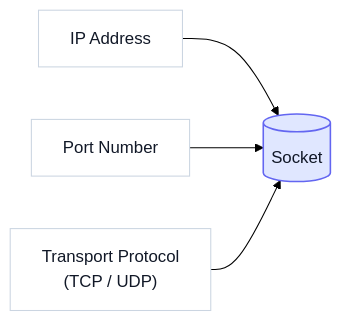
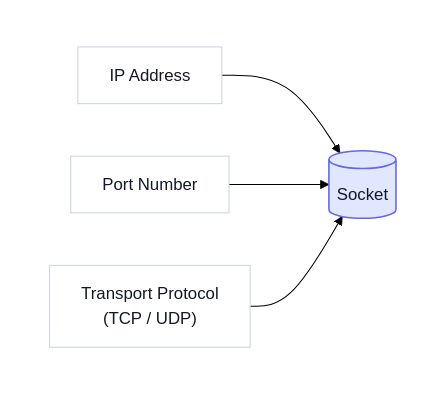
The first of 5 diagrams in sockets.md (hananather/system-design), drawn with Mermaid before and after one commit.

Commit message:
First diagram: add white canvas subgraph background (styled white) to guarantee non-transparent background across renderers

````diff
--- a/sockets.md
+++ b/sockets.md
@@ -8,18 +8,22 @@
 ```mermaid
 %%{init: {
   'theme': 'base',
   'themeVariables': {
     'background': '#ffffff',
     'fontFamily': 'Inter, ui-sans-serif, system-ui'
   },
   'themeCSS': 'svg { background: #ffffff !important; }',
   'flowchart': { 'useMaxWidth': false, 'diagramPadding': 24, 'htmlLabels': true }
 }}%%
 flowchart LR
-  IP["IP Address"]:::dim --> SOCK[("Socket")]:::accent
-  PORT["Port Number"]:::dim --> SOCK
-  PROTO["Transport Protocol<br/>(TCP / UDP)"]:::dim --> SOCK
+  subgraph CANVAS[ ]
+    direction LR
+    IP["IP Address"]:::dim --> SOCK[("Socket")]:::accent
+    PORT["Port Number"]:::dim --> SOCK
+    PROTO["Transport Protocol<br/>(TCP / UDP)"]:::dim --> SOCK
+  end
 
   classDef accent fill:#E0E7FF,stroke:#6366F1,stroke-width:1.5px,color:#111827;
   classDef dim fill:#FFFFFF,stroke:#CBD5E1,stroke-width:1px,color:#111827;
+  style CANVAS fill:#ffffff,stroke:#ffffff,stroke-width:0px;
 ```
````
